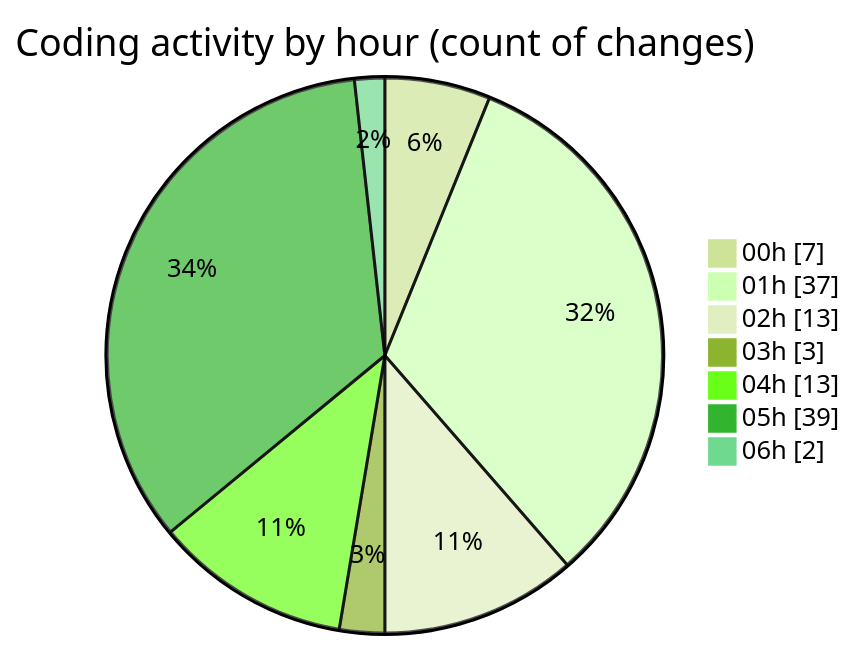
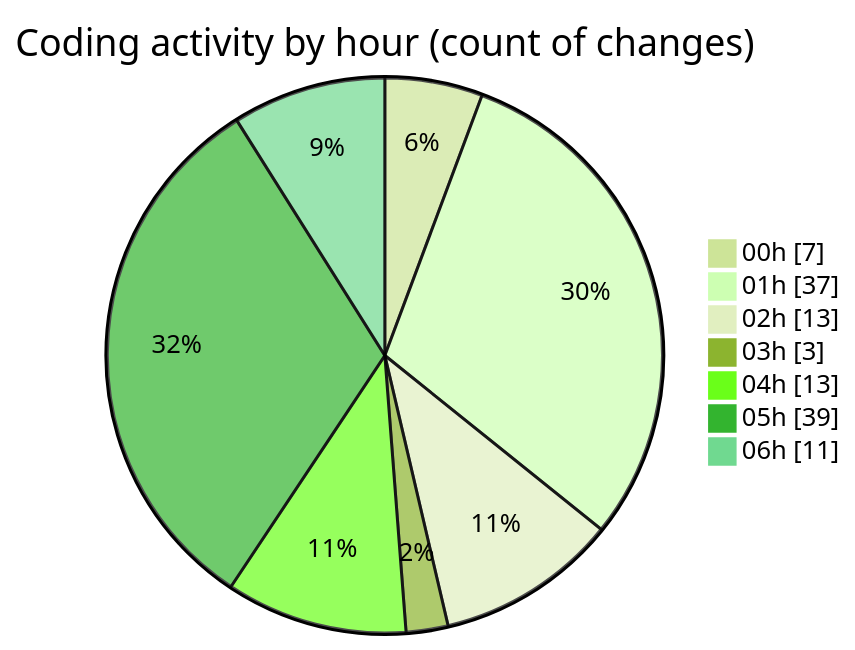
One commit to charlie-sans/code-tracking changed the second of 2 diagrams in 2025-02-23/micros/README.md. Above: the diagram before and after it, drawn with Mermaid (forest theme). The commit also changed other lines of this file and 1 other file, not shown here.

````diff
--- a/2025-02-23/micros/README.md
+++ b/2025-02-23/micros/README.md
@@ -60,11 +62,11 @@
 ```mermaid
 pie showData
 title Coding activity by hour (count of changes)
 "00h" : 7
 "01h" : 37
 "02h" : 13
 "03h" : 3
 "04h" : 13
 "05h" : 39
-"06h" : 2
+"06h" : 11
 ```
````
